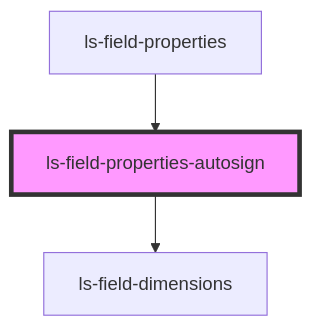
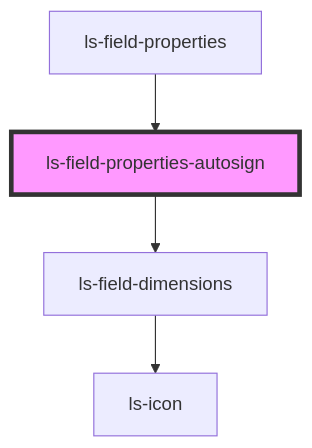
One commit to legalesign/ls-document-viewer changed the diagram in src/components/ls-field-properties-autosign/readme.md. Above: the diagram before and after it, drawn with Mermaid. The commit also changed 15 other files, not shown here.

````diff
--- a/src/components/ls-field-properties-autosign/readme.md
+++ b/src/components/ls-field-properties-autosign/readme.md
@@ -26,6 +26,7 @@
 ```mermaid
 graph TD;
   ls-field-properties-autosign --> ls-field-dimensions
+  ls-field-dimensions --> ls-icon
   ls-field-properties --> ls-field-properties-autosign
   style ls-field-properties-autosign fill:#f9f,stroke:#333,stroke-width:4px
 ```
````
